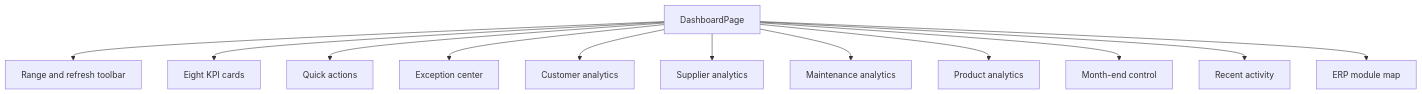
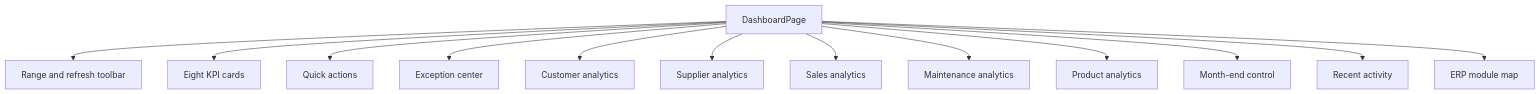
The first of 2 diagrams in docs/ERP_DASHBOARD_INFORMATION_ARCHITECTURE.md (SamirMD0/HomeConnect), drawn with Mermaid before and after one commit. The commit also changed other lines of this file and 112 other files, not shown here.

````diff
--- a/docs/ERP_DASHBOARD_INFORMATION_ARCHITECTURE.md
+++ b/docs/ERP_DASHBOARD_INFORMATION_ARCHITECTURE.md
@@ -7,14 +7,15 @@
 ```mermaid
 graph TD
   Page[DashboardPage] --> Filter[Range and refresh toolbar]
   Page --> KPI[Eight KPI cards]
   Page --> Actions[Quick actions]
   Page --> Alerts[Exception center]
   Page --> Customer[Customer analytics]
   Page --> Supplier[Supplier analytics]
+  Page --> Sales[Sales analytics]
   Page --> Service[Maintenance analytics]
   Page --> Product[Product analytics]
   Page --> MonthEnd[Month-end control]
   Page --> Activity[Recent activity]
   Page --> Modules[ERP module map]
 ```
````
